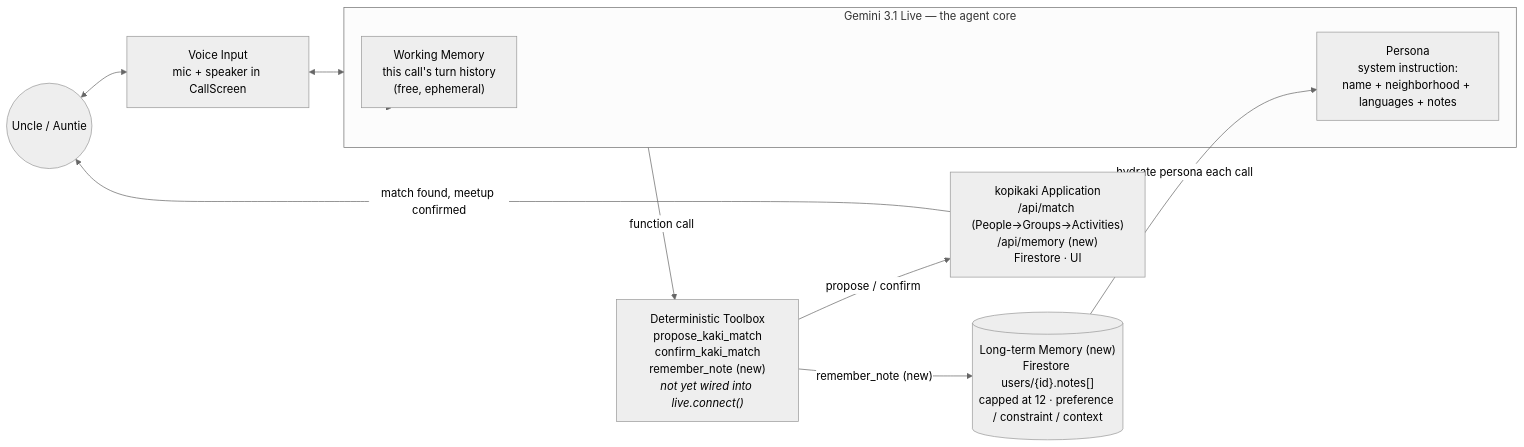
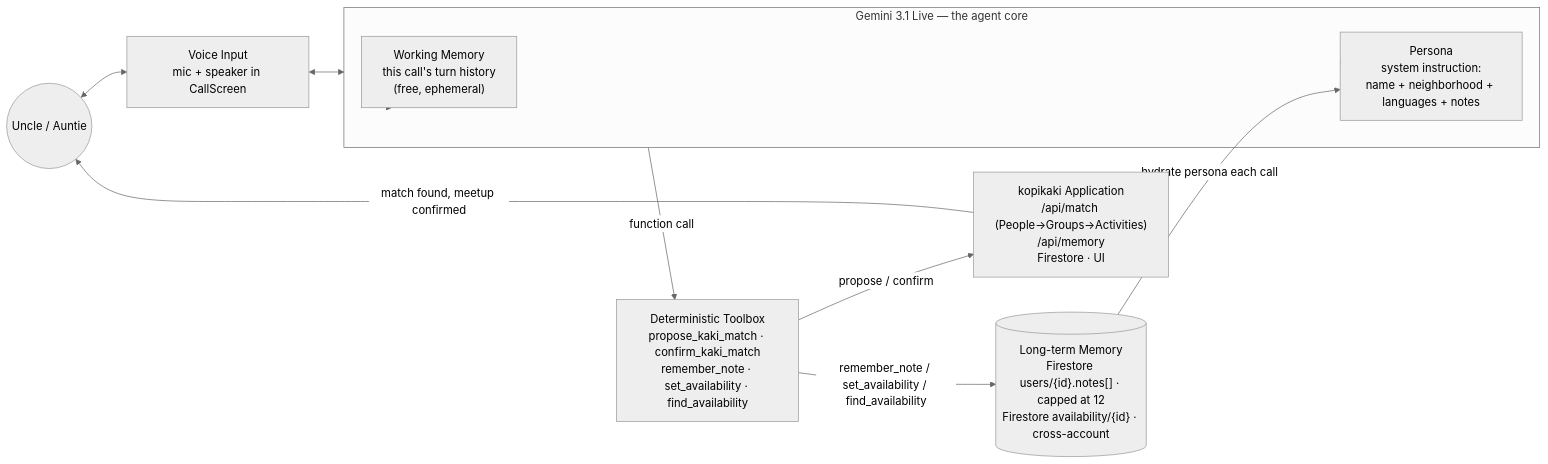
Before and after one commit to gabriel-wan/kopikaki: the diagram in docs/AGENT_ARCHITECTURE.md, drawn with Mermaid (neutral theme). The commit also changed other lines of this file and 9 other files, not shown here.

Commit message:
KopiKaki Memory System

````diff
--- a/docs/AGENT_ARCHITECTURE.md
+++ b/docs/AGENT_ARCHITECTURE.md
@@ -5,26 +5,26 @@
 ```mermaid
 flowchart LR
     Uncle(("Uncle / Auntie"))
     VoiceInput["Voice Input<br/>mic + speaker in CallScreen"]
 
     subgraph Agent["Gemini 3.1 Live — the agent core"]
         Persona["Persona<br/>system instruction:<br/>name + neighborhood + languages + notes"]
         Working["Working Memory<br/>this call's turn history<br/>(free, ephemeral)"]
     end
 
-    LongTerm[("Long-term Memory (new)<br/>Firestore users/{id}.notes[]<br/>capped at 12 · preference / constraint / context")]
+    LongTerm[("Long-term Memory<br/>Firestore users/{id}.notes[] · capped at 12<br/>Firestore availability/{id} · cross-account")]
 
-    Toolbox["Deterministic Toolbox<br/>propose_kaki_match<br/>confirm_kaki_match<br/>remember_note (new)<br/><i>not yet wired into live.connect()</i>"]
+    Toolbox["Deterministic Toolbox<br/>propose_kaki_match · confirm_kaki_match<br/>remember_note · set_availability · find_availability"]
 
-    App["kopikaki Application<br/>/api/match (People→Groups→Activities)<br/>/api/memory (new)<br/>Firestore · UI"]
+    App["kopikaki Application<br/>/api/match (People→Groups→Activities)<br/>/api/memory<br/>Firestore · UI"]
 
     Uncle <--> VoiceInput
     VoiceInput <--> Agent
     LongTerm -- "hydrate persona each call" --> Persona
     Persona -.-> Agent
     Working -.-> Agent
     Agent -- "function call" --> Toolbox
     Toolbox -- "propose / confirm" --> App
-    Toolbox -- "remember_note (new)" --> LongTerm
+    Toolbox -- "remember_note / set_availability / find_availability" --> LongTerm
     App -- "match found, meetup confirmed" --> Uncle
 ```
````
